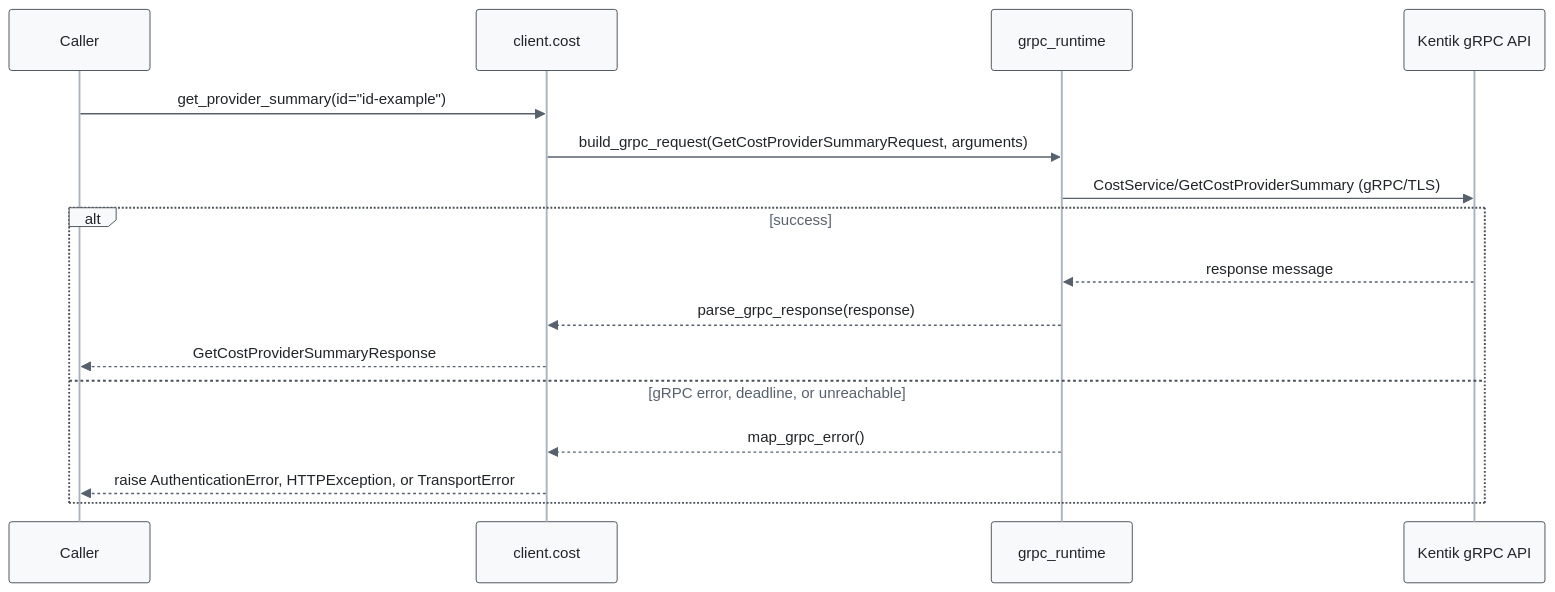
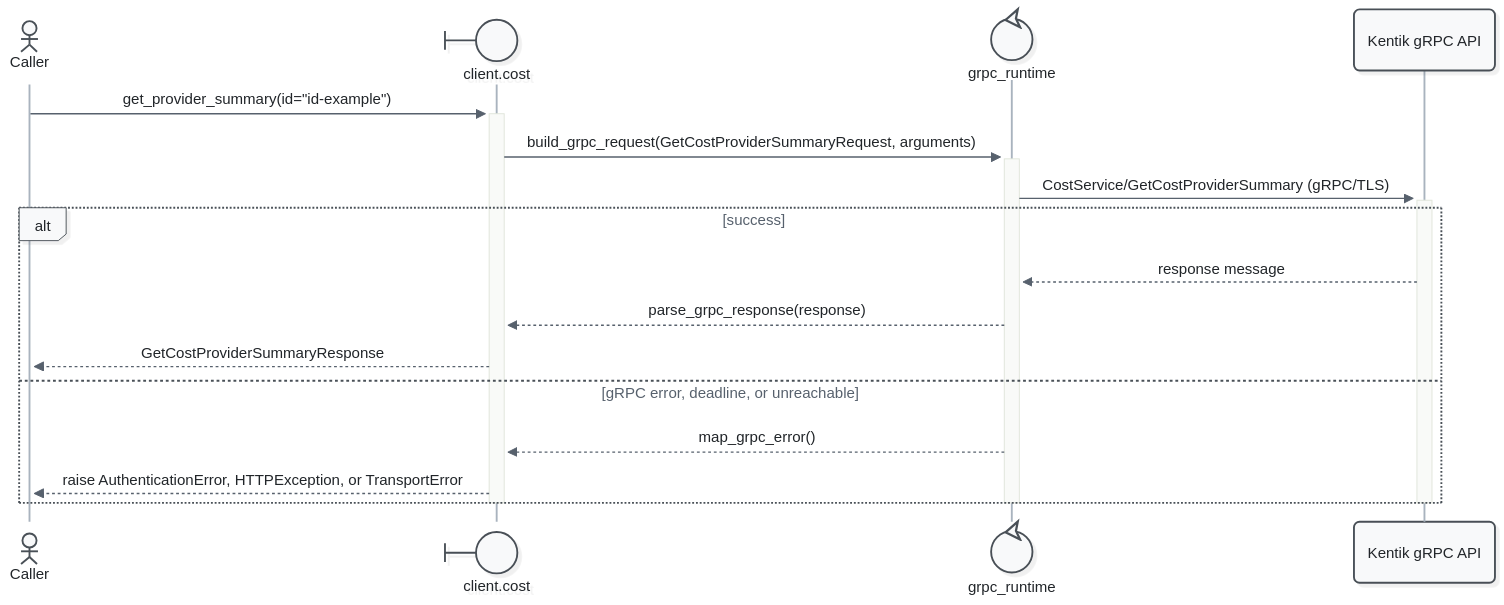
Before and after one commit to alexdearaujo/community_sdk_python: the sixth of 7 diagrams in docs/sphinx/services/cost.md, drawn with Mermaid. The commit also changed other lines of this file and 52 other files, not shown here.

First line of the commit message:
docs: Mermaid 12 sequence diagrams with participant types and path colors

````diff
--- a/docs/sphinx/services/cost.md
+++ b/docs/sphinx/services/cost.md
@@ -201,20 +213,23 @@
 ```mermaid
-%%{init: {"theme": "base", "fontFamily": "ui-monospace, SFMono-Regular, Menlo, monospace", "themeVariables": {"fontFamily": "ui-monospace, SFMono-Regular, Menlo, monospace", "primaryColor": "#f8f9fa", "primaryBorderColor": "#495057", "primaryTextColor": "#212529", "textColor": "#212529", "lineColor": "#77818c", "edgeLabelBackground": "#ffffff", "actorBkg": "#f8f9fa", "actorBorder": "#495057", "actorTextColor": "#212529", "actorLineColor": "#a9b3be", "signalColor": "#57616d", "signalTextColor": "#212529", "labelBoxBkgColor": "#f8f9fa", "labelBoxBorderColor": "#495057", "labelTextColor": "#212529", "loopTextColor": "#57616d", "noteBkgColor": "#fff9db", "noteBorderColor": "#f08c00", "noteTextColor": "#a35a00"}, "flowchart": {"curve": "step", "nodeSpacing": 30, "rankSpacing": 70, "wrappingWidth": 400}}}%%
+%%{init: {"theme": "redux", "look": "neo", "layout": "dagre", "fontFamily": "ui-monospace, SFMono-Regular, Menlo, monospace", "themeVariables": {"fontFamily": "ui-monospace, SFMono-Regular, Menlo, monospace", "primaryColor": "#f8f9fa", "primaryBorderColor": "#495057", "primaryTextColor": "#212529", "textColor": "#212529", "lineColor": "#77818c", "edgeLabelBackground": "#ffffff", "actorBkg": "#f8f9fa", "actorBorder": "#495057", "actorTextColor": "#212529", "actorLineColor": "#a9b3be", "signalColor": "#57616d", "signalTextColor": "#212529", "labelBoxBkgColor": "#f8f9fa", "labelBoxBorderColor": "#495057", "labelTextColor": "#212529", "loopTextColor": "#57616d", "noteBkgColor": "#fff9db", "noteBorderColor": "#f08c00", "noteTextColor": "#a35a00"}, "sequence": {"activationWidth": 16}, "flowchart": {"curve": "step", "nodeSpacing": 30, "rankSpacing": 70, "wrappingWidth": 400}}}%%
 sequenceDiagram
-    participant C as Caller
-    participant W as client.cost
-    participant R as grpc_runtime
+    actor C as Caller
+    participant W@{ "type": "boundary" } as client.cost
+    participant R@{ "type": "control" } as grpc_runtime
     participant API as Kentik gRPC API
 
-    C->>W: get_provider_summary(id="id-example")
-    W->>R: build_grpc_request(GetCostProviderSummaryRequest, arguments)
-    R->>API: CostService/GetCostProviderSummary (gRPC/TLS)
+    C->>+W: get_provider_summary(id="id-example")
+    W->>+R: build_grpc_request(GetCostProviderSummaryRequest, arguments)
+    R->>+API: CostService/GetCostProviderSummary (gRPC/TLS)
     alt success
         API-->>R: response message
         R-->>W: parse_grpc_response(response)
         W-->>C: GetCostProviderSummaryResponse
     else gRPC error, deadline, or unreachable
         R-->>W: map_grpc_error()
         W-->>C: raise AuthenticationError, HTTPException, or TransportError
     end
+    deactivate API
+    deactivate R
+    deactivate W
 ```
````
